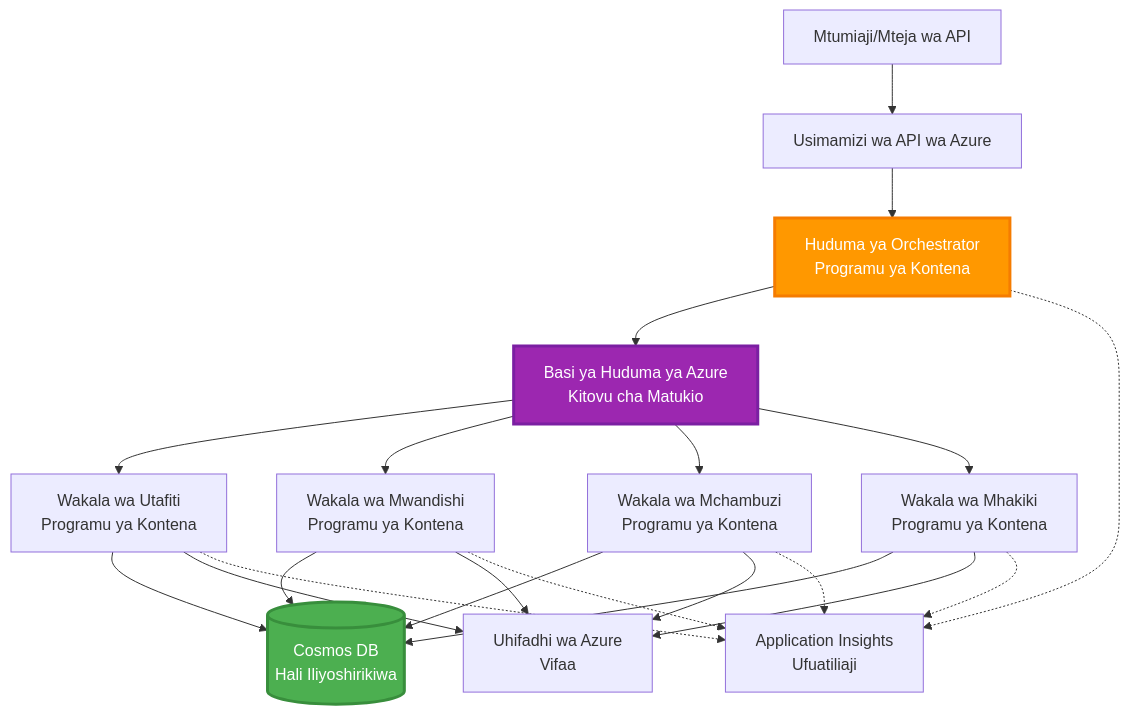
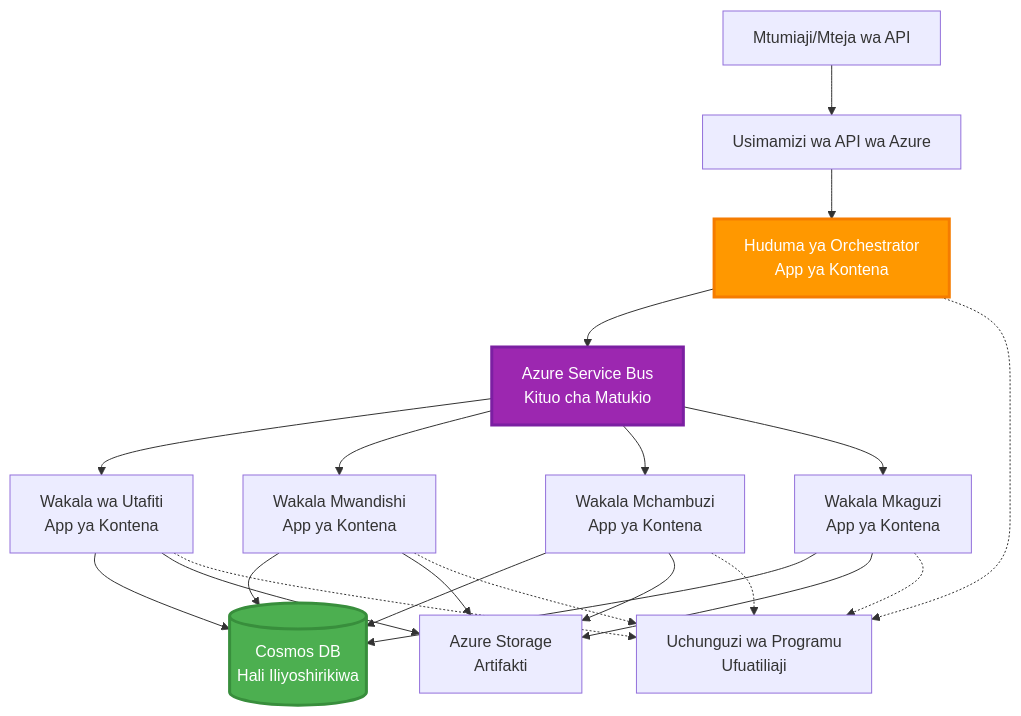
One commit to microsoft/AZD-for-beginners changed the sixth of 6 diagrams in translations/sw/docs/chapter-06-pre-deployment/coordination-patterns.md. Above: the diagram before and after it, drawn with Mermaid. The commit also changed other lines of this file and 101 other files, not shown here.

````diff
--- a/translations/sw/docs/chapter-06-pre-deployment/coordination-patterns.md
+++ b/translations/sw/docs/chapter-06-pre-deployment/coordination-patterns.md
@@ -271,45 +265,45 @@
 ```mermaid
 graph TB
     User[Mtumiaji/Mteja wa API]
     APIM[Usimamizi wa API wa Azure]
-    Orchestrator[Huduma ya Orchestrator<br/>Programu ya Kontena]
-    ServiceBus[Basi ya Huduma ya Azure<br/>Kitovu cha Matukio]
+    Orchestrator[Huduma ya Orchestrator<br/>App ya Kontena]
+    ServiceBus[Azure Service Bus<br/>Kituo cha Matukio]
     
-    Agent1[Wakala wa Utafiti<br/>Programu ya Kontena]
-    Agent2[Wakala wa Mwandishi<br/>Programu ya Kontena]
-    Agent3[Wakala wa Mchambuzi<br/>Programu ya Kontena]
-    Agent4[Wakala wa Mhakiki<br/>Programu ya Kontena]
+    Agent1[Wakala wa Utafiti<br/>App ya Kontena]
+    Agent2[Wakala Mwandishi<br/>App ya Kontena]
+    Agent3[Wakala Mchambuzi<br/>App ya Kontena]
+    Agent4[Wakala Mkaguzi<br/>App ya Kontena]
     
     CosmosDB[(Cosmos DB<br/>Hali Iliyoshirikiwa)]
-    Storage[Uhifadhi wa Azure<br/>Vifaa]
-    AppInsights[Application Insights<br/>Ufuatiliaji]
+    Storage[Azure Storage<br/>Artifakti]
+    AppInsights[Uchunguzi wa Programu<br/>Ufuatiliaji]
     
     User --> APIM
     APIM --> Orchestrator
     
     Orchestrator --> ServiceBus
     ServiceBus --> Agent1
     ServiceBus --> Agent2
     ServiceBus --> Agent3
     ServiceBus --> Agent4
     
     Agent1 --> CosmosDB
     Agent2 --> CosmosDB
     Agent3 --> CosmosDB
     Agent4 --> CosmosDB
     
     Agent1 --> Storage
     Agent2 --> Storage
     Agent3 --> Storage
     Agent4 --> Storage
     
     Orchestrator -.-> AppInsights
     Agent1 -.-> AppInsights
     Agent2 -.-> AppInsights
     Agent3 -.-> AppInsights
     Agent4 -.-> AppInsights
     
     style Orchestrator fill:#FF9800,stroke:#F57C00,stroke-width:3px,color:#fff
     style ServiceBus fill:#9C27B0,stroke:#7B1FA2,stroke-width:3px,color:#fff
     style CosmosDB fill:#4CAF50,stroke:#388E3C,stroke-width:3px,color:#fff
 ```
````
